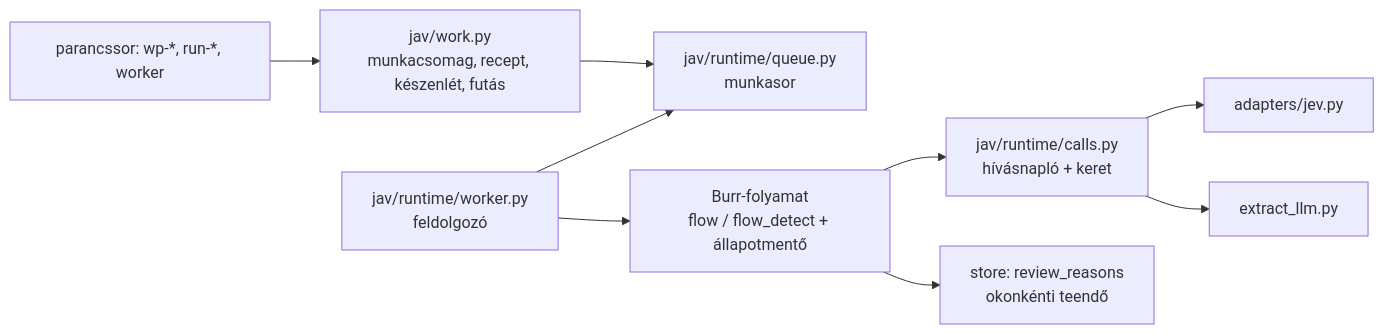
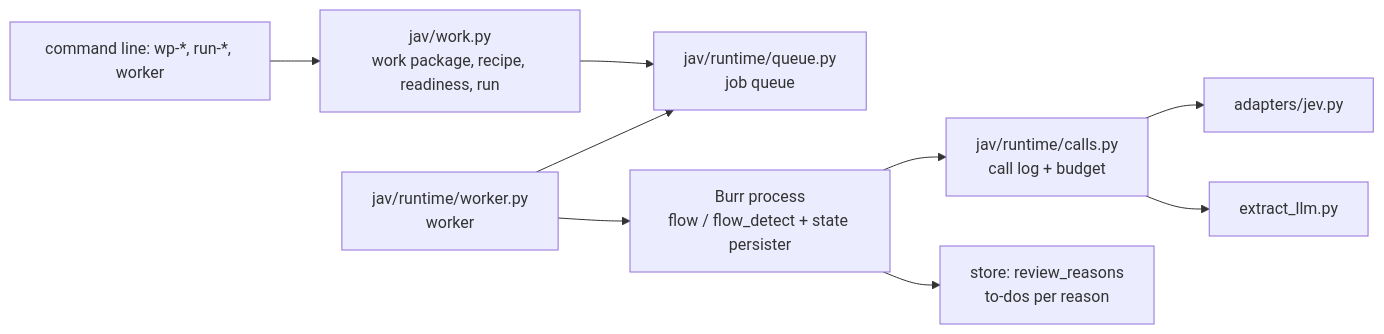
One commit to kassaiattila/58_JEV_AI changed the first of 4 diagrams in docs/ARCHITECTURE.md. Above: the diagram before and after it, drawn with Mermaid. The commit also changed other lines of this file and 15 other files, not shown here.

````diff
--- a/docs/ARCHITECTURE.md
+++ b/docs/ARCHITECTURE.md
@@ -143,11 +171,11 @@
 ```mermaid
 flowchart LR
-  CLI[parancssor: wp-*, run-*, worker] --> WORK[jav/work.py<br/>munkacsomag, recept, készenlét, futás]
-  WORK --> Q[jav/runtime/queue.py<br/>munkasor]
-  W[jav/runtime/worker.py<br/>feldolgozó] --> Q
-  W --> FLOW[Burr-folyamat<br/>flow / flow_detect + állapotmentő]
-  FLOW --> CALLS[jav/runtime/calls.py<br/>hívásnapló + keret]
+  CLI[command line: wp-*, run-*, worker] --> WORK[jav/work.py<br/>work package, recipe, readiness, run]
+  WORK --> Q[jav/runtime/queue.py<br/>job queue]
+  W[jav/runtime/worker.py<br/>worker] --> Q
+  W --> FLOW[Burr process<br/>flow / flow_detect + state persister]
+  FLOW --> CALLS[jav/runtime/calls.py<br/>call log + budget]
   CALLS --> JEV[adapters/jev.py]
   CALLS --> GPT[extract_llm.py]
-  FLOW --> REV[store: review_reasons<br/>okonkénti teendő]
+  FLOW --> REV[store: review_reasons<br/>to-dos per reason]
 ```
````
